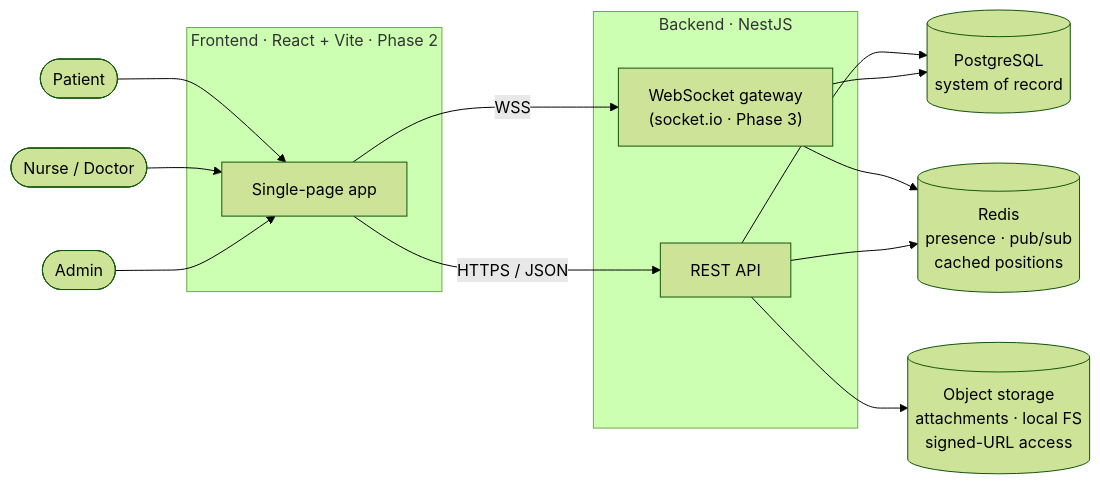
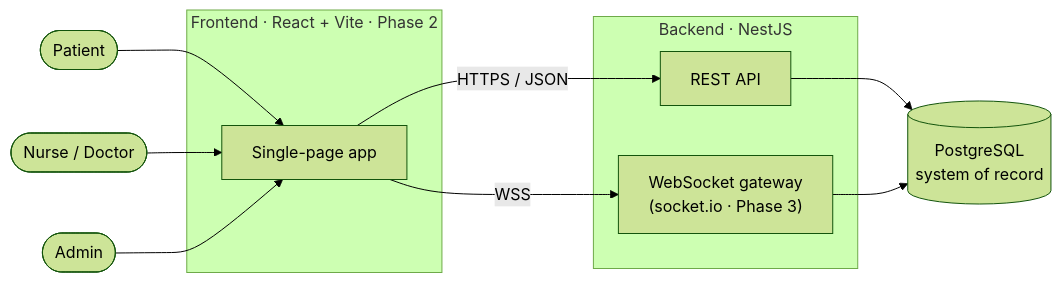
The first of 13 diagrams in docs/architecture.md (akritiupreti/virtual-consultation-platform), drawn with Mermaid (forest theme) before and after one commit. The commit also changed other lines of this file and 193 other files, not shown here.

First line of the commit message:
refactor: simplify consultation workflow and fix data-model diagram

````diff
--- a/docs/architecture.md
+++ b/docs/architecture.md
@@ -21,30 +21,25 @@
 ```mermaid
 flowchart LR
     patient([Patient])
     clinician([Nurse / Doctor])
     admin([Admin])
 
     subgraph client [Frontend · React + Vite · Phase 2]
         spa[Single-page app]
     end
 
     subgraph server [Backend · NestJS]
         api[REST API]
         ws["WebSocket gateway<br/>(socket.io · Phase 3)"]
     end
 
     db[(PostgreSQL<br/>system of record)]
-    redis[("Redis<br/>presence · pub/sub<br/>cached positions")]
-    obj[("Object storage<br/>attachments · local FS<br/>signed-URL access")]
 
     patient --> spa
     clinician --> spa
     admin --> spa
     spa -->|HTTPS / JSON| api
     spa -->|WSS| ws
     api --> db
     ws --> db
-    ws --> redis
-    api --> redis
-    api --> obj
 ```
````
